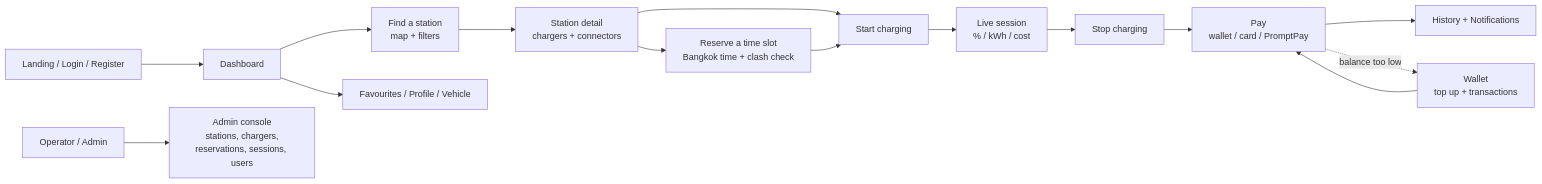
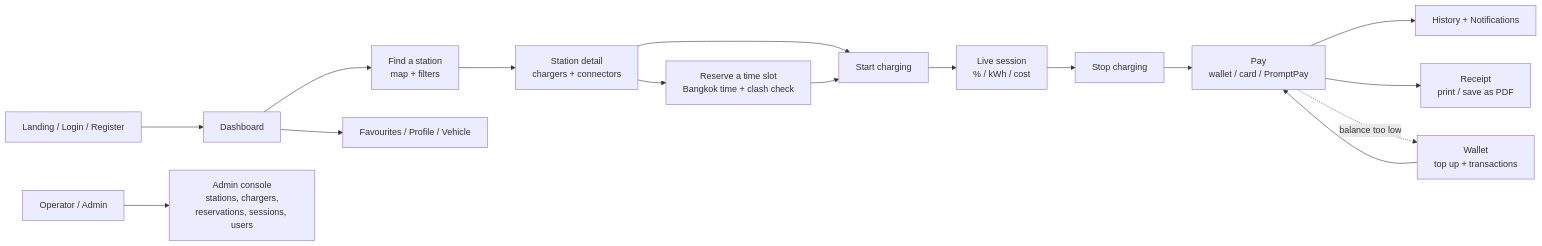
Before and after one commit to raftisz/Ev-charging-app: the fifth of 6 diagrams in docs/system-diagrams.md, drawn with Mermaid. The commit also changed 13 other files, not shown here.

````diff
--- a/docs/system-diagrams.md
+++ b/docs/system-diagrams.md
@@ -206,17 +206,18 @@
 ```mermaid
 flowchart LR
     A["Landing / Login / Register"] --> B["Dashboard"]
     B --> C["Find a station<br/>map + filters"]
     C --> D["Station detail<br/>chargers + connectors"]
     D --> E["Reserve a time slot<br/>Bangkok time + clash check"]
     D --> F["Start charging"]
     E --> F
     F --> G["Live session<br/>% / kWh / cost"]
     G --> H["Stop charging"]
     H --> I["Pay<br/>wallet / card / PromptPay"]
     I --> J["History + Notifications"]
+    I --> R["Receipt<br/>print / save as PDF"]
     I -.->|"balance too low"| W["Wallet<br/>top up + transactions"]
     W --> I
     B --> K["Favourites / Profile / Vehicle"]
     L["Operator / Admin"] --> M["Admin console<br/>stations, chargers,<br/>reservations, sessions, users"]
 ```
````
